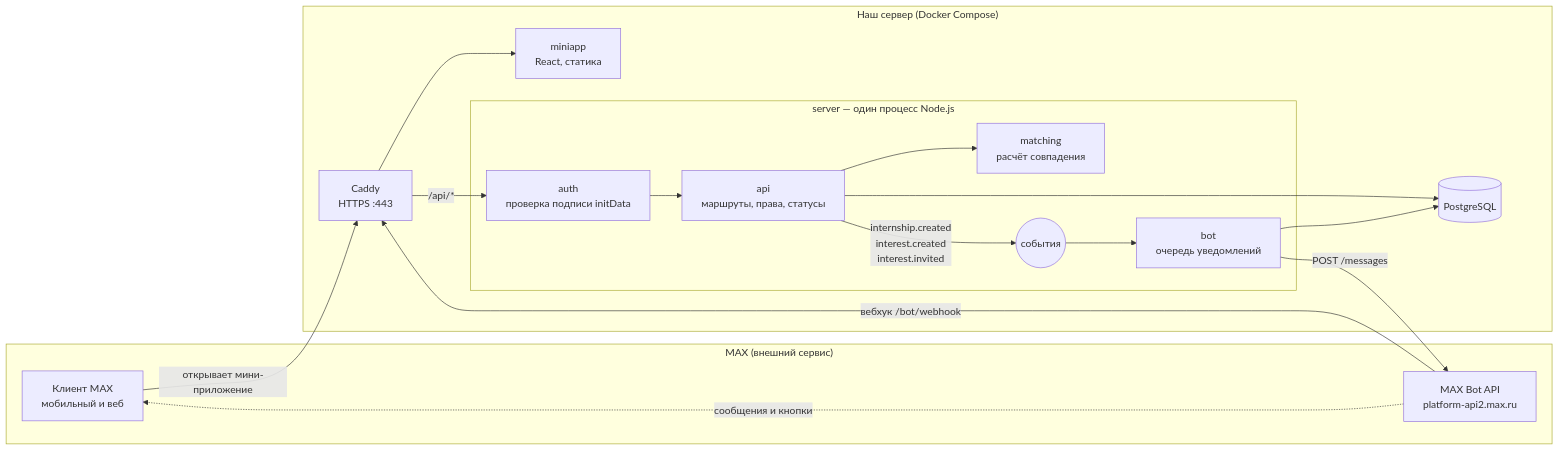
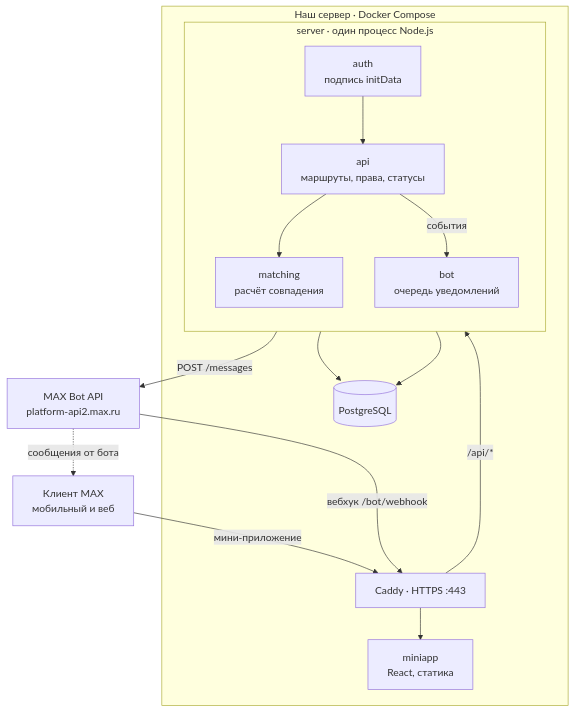
Before and after one commit to cyxar4uk/max-effective-business: the first of 4 diagrams in docs/architecture.md, drawn with Mermaid. The commit also changed other lines of this file, not shown here.

Commit message:
Исправить схемы: сценарий не разбирался из-за точки с запятой, компоненты — сверху вниз

````diff
--- a/docs/architecture.md
+++ b/docs/architecture.md
@@ -8,31 +8,29 @@
 ```mermaid
-flowchart LR
-  subgraph MAX["MAX (внешний сервис)"]
-    client["Клиент MAX<br/>мобильный и веб"]
-    botapi["MAX Bot API<br/>platform-api2.max.ru"]
-  end
+flowchart TB
+  client["Клиент MAX<br/>мобильный и веб"]
+  botapi["MAX Bot API<br/>platform-api2.max.ru"]
 
-  subgraph VPS["Наш сервер (Docker Compose)"]
-    caddy["Caddy<br/>HTTPS :443"]
+  subgraph VPS["Наш сервер · Docker Compose"]
+    caddy["Caddy · HTTPS :443"]
     miniapp["miniapp<br/>React, статика"]
-    subgraph server["server — один процесс Node.js"]
-      auth["auth<br/>проверка подписи initData"]
+    subgraph server["server · один процесс Node.js"]
+      direction TB
+      auth["auth<br/>подпись initData"]
       api["api<br/>маршруты, права, статусы"]
       matching["matching<br/>расчёт совпадения"]
-      bus(("события"))
       bot["bot<br/>очередь уведомлений"]
     end
     db[("PostgreSQL")]
   end
 
-  client -- "открывает мини-приложение" --> caddy
+  client -->|"мини-приложение"| caddy
   caddy --> miniapp
-  caddy -- "/api/*" --> auth --> api
+  caddy -->|"/api/*"| auth --> api
   api --> matching
+  api -->|"события"| bot
   api --> db
-  api -- "internship.created<br/>interest.created<br/>interest.invited" --> bus --> bot
   bot --> db
-  bot -- "POST /messages" --> botapi
-  botapi -- "вебхук /bot/webhook" --> caddy
-  botapi -. "сообщения и кнопки" .-> client
+  bot -->|"POST /messages"| botapi
+  botapi -->|"вебхук /bot/webhook"| caddy
+  botapi -.->|"сообщения от бота"| client
 ```
````
